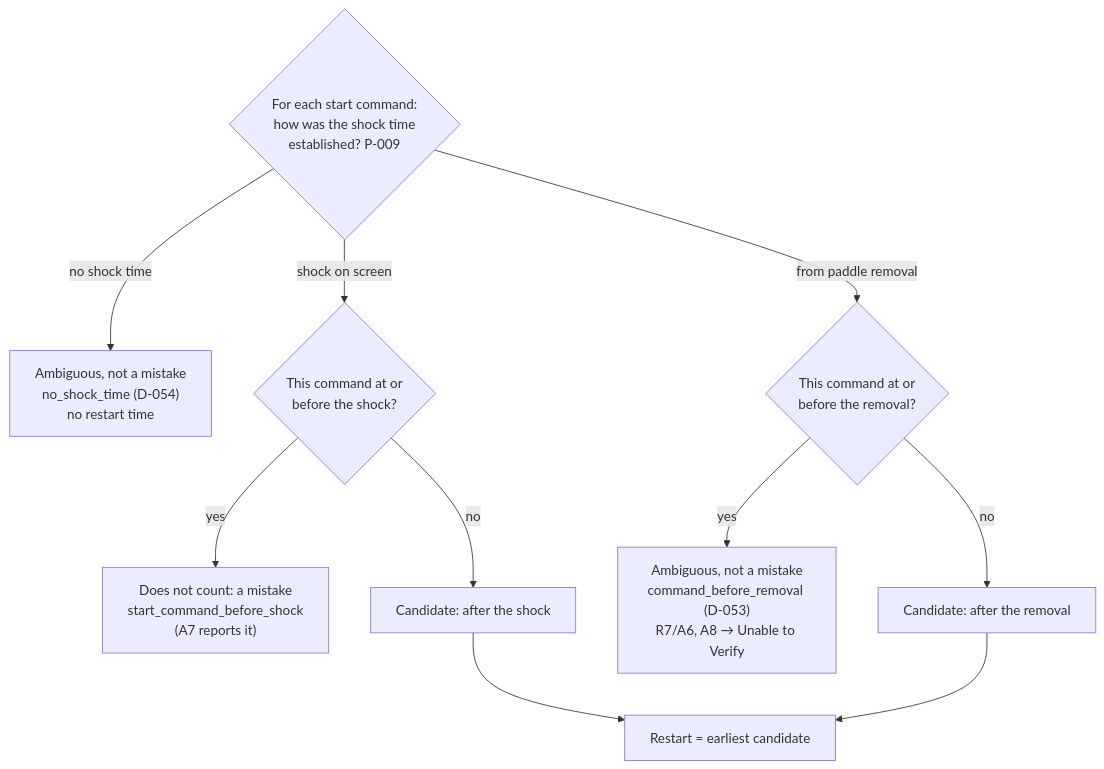
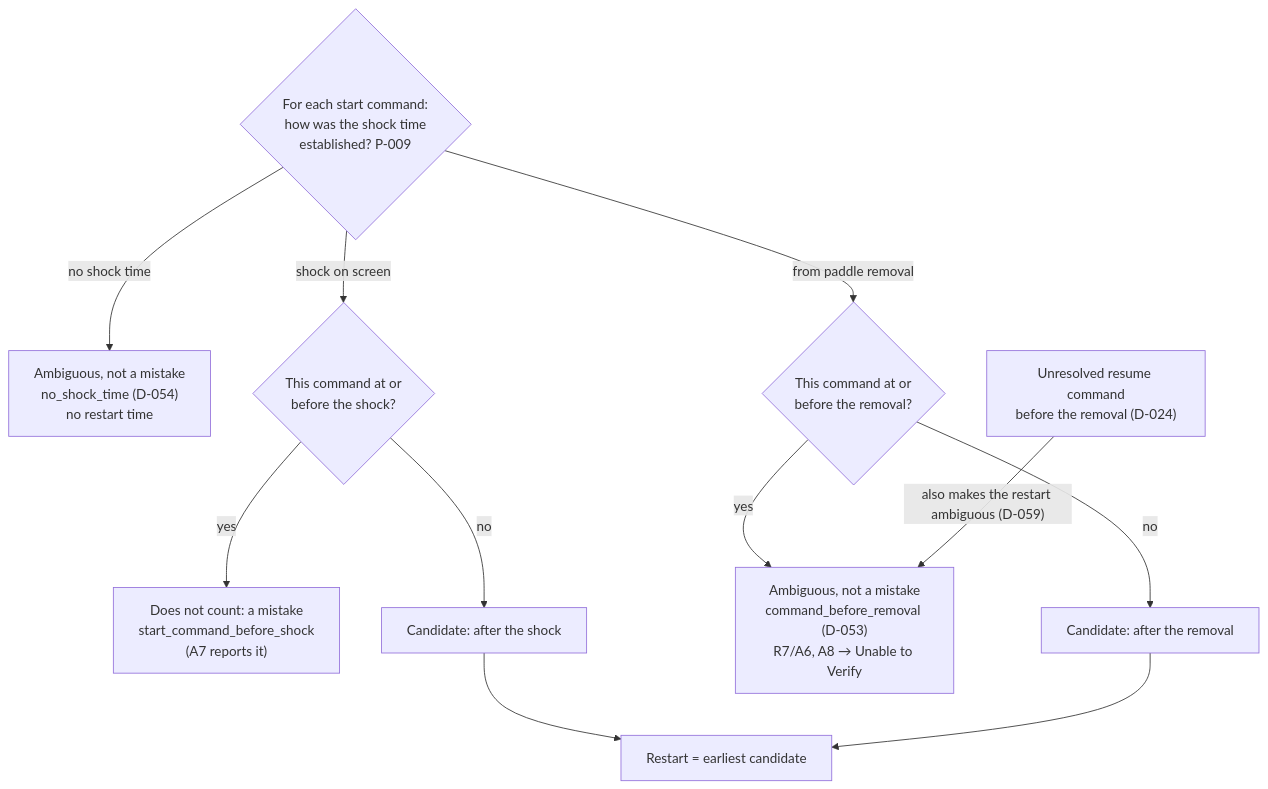
The sixth of 8 diagrams in docs/rule_engine/diagrams.md (ananthu65/defibrillator_research), drawn with Mermaid before and after one commit. The commit also changed other lines of this file and 14 other files, not shown here.

````diff
--- a/docs/rule_engine/diagrams.md
+++ b/docs/rule_engine/diagrams.md
@@ -117,12 +121,13 @@
 ```mermaid
 flowchart TD
     K{"For each start command:<br/>how was the shock time<br/>established? P-009"} -->|no shock time| A0["Ambiguous, not a mistake<br/>no_shock_time (D-054)<br/>no restart time"]
     K -->|shock on screen| B{"This command at or<br/>before the shock?"}
     B -->|yes| B1["Does not count: a mistake<br/>start_command_before_shock<br/>(A7 reports it)"]
     B -->|no| RS["Candidate: after the shock"]
     K -->|from paddle removal| C{"This command at or<br/>before the removal?"}
     C -->|yes| C1["Ambiguous, not a mistake<br/>command_before_removal (D-053)<br/>R7/A6, A8 → Unable to Verify"]
     C -->|no| RR["Candidate: after the removal"]
+    RES["Unresolved resume command<br/>before the removal (D-024)"] -->|"also makes the restart ambiguous (D-059)"| C1
     RS --> E["Restart = earliest candidate"]
     RR --> E
 ```
````
